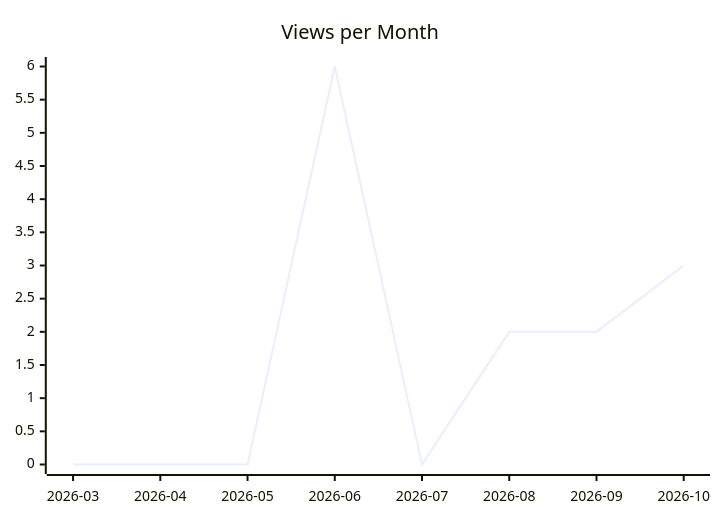
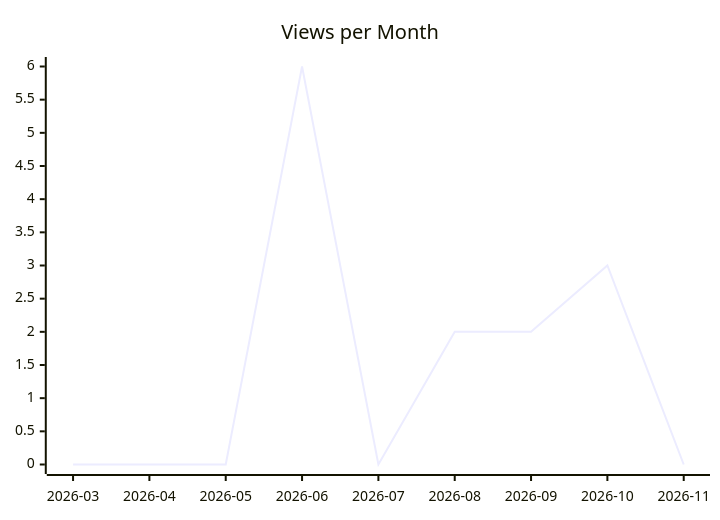
The second of 3 diagrams in karlmdavis/ansible-role-ldap/README.md (justdavis-family/github-analytics-data), drawn with Mermaid before and after one commit. The commit also changed other lines of this file and 201 other files, not shown here.

````diff
--- a/karlmdavis/ansible-role-ldap/README.md
+++ b/karlmdavis/ansible-role-ldap/README.md
@@ -12,6 +12,6 @@
 ```mermaid
 xychart-beta
   title "Views per Month"
-  x-axis ["2026-03", "2026-04", "2026-05", "2026-06", "2026-07", "2026-08", "2026-09", "2026-10"]
-  line [0, 0, 0, 6, 0, 2, 2, 3]
+  x-axis ["2026-03", "2026-04", "2026-05", "2026-06", "2026-07", "2026-08", "2026-09", "2026-10", "2026-11"]
+  line [0, 0, 0, 6, 0, 2, 2, 3, 0]
 ```
````
